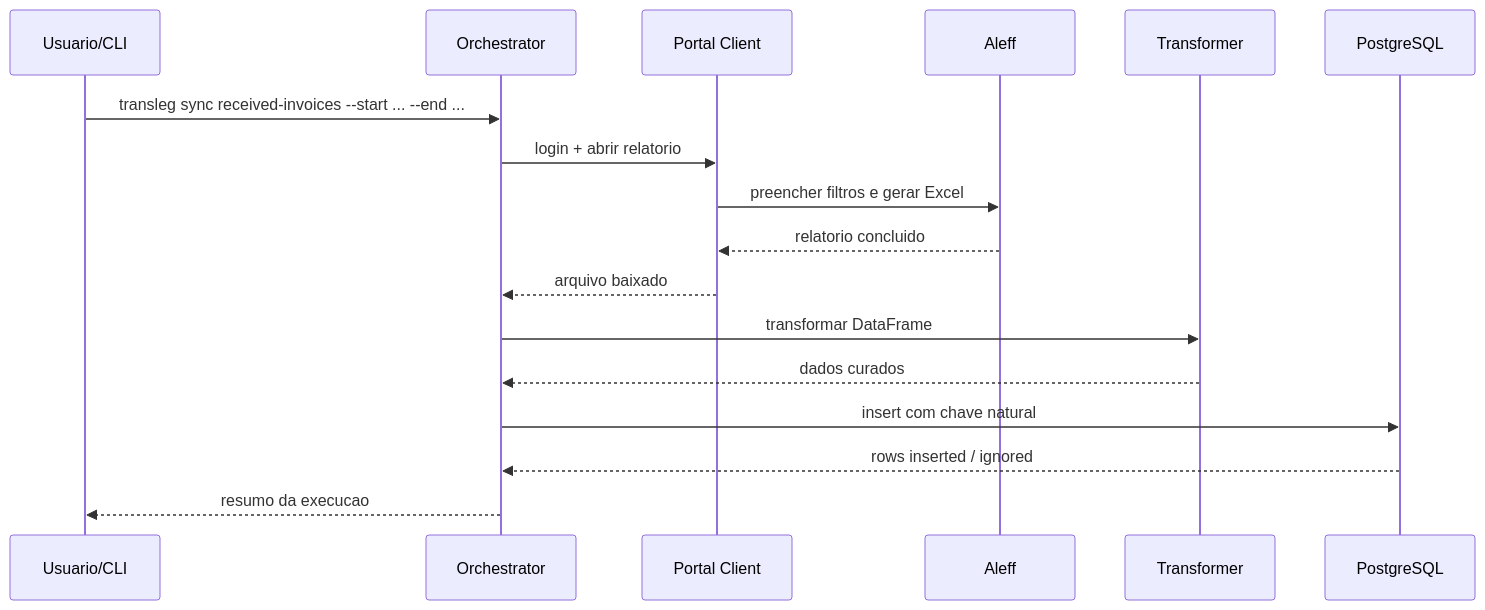
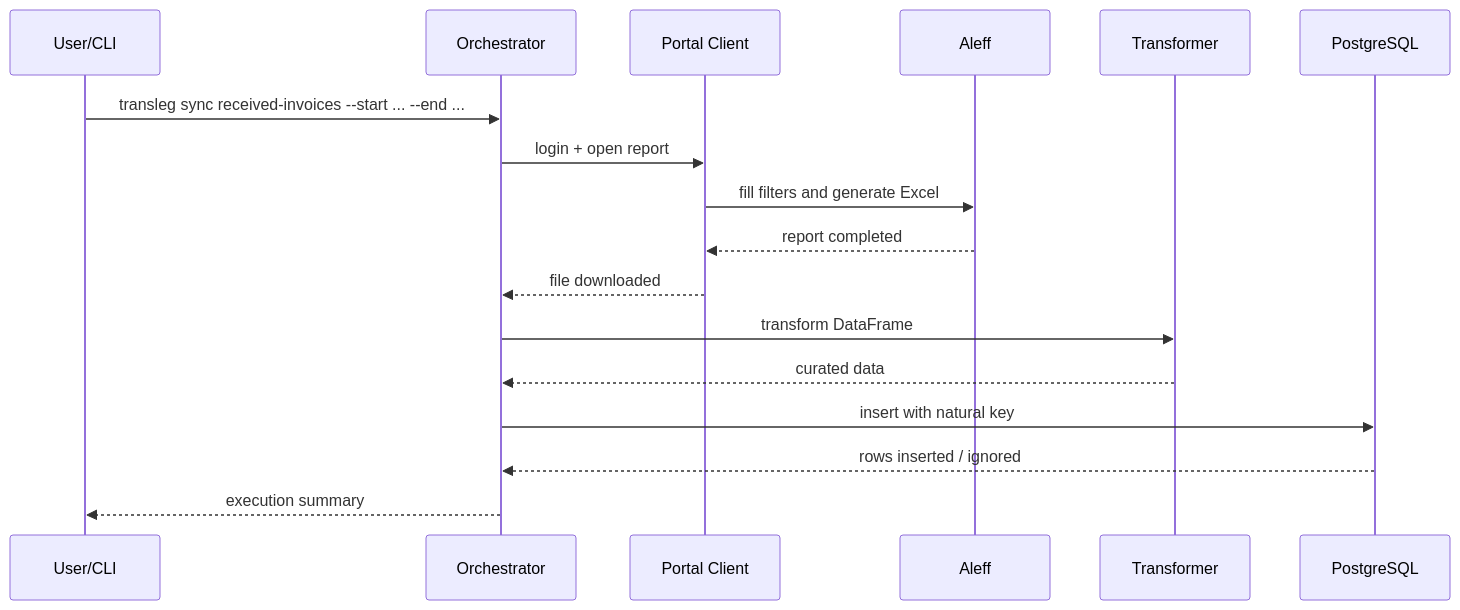
The second of 3 diagrams in README.md (pedroarthuralvesdeoliveira/Transleg), drawn with Mermaid before and after one commit. The commit also changed other lines of this file, not shown here.

````diff
--- a/README.md
+++ b/README.md
@@ -37,20 +37,20 @@
 ```mermaid
 sequenceDiagram
-    participant U as Usuario/CLI
+    participant U as User/CLI
     participant O as Orchestrator
     participant P as Portal Client
     participant A as Aleff
     participant T as Transformer
     participant D as PostgreSQL
 
     U->>O: transleg sync received-invoices --start ... --end ...
-    O->>P: login + abrir relatorio
-    P->>A: preencher filtros e gerar Excel
-    A-->>P: relatorio concluido
-    P-->>O: arquivo baixado
-    O->>T: transformar DataFrame
-    T-->>O: dados curados
-    O->>D: insert com chave natural
+    O->>P: login + open report
+    P->>A: fill filters and generate Excel
+    A-->>P: report completed
+    P-->>O: file downloaded
+    O->>T: transform DataFrame
+    T-->>O: curated data
+    O->>D: insert with natural key
     D-->>O: rows inserted / ignored
-    O-->>U: resumo da execucao
+    O-->>U: execution summary
 ```
````
